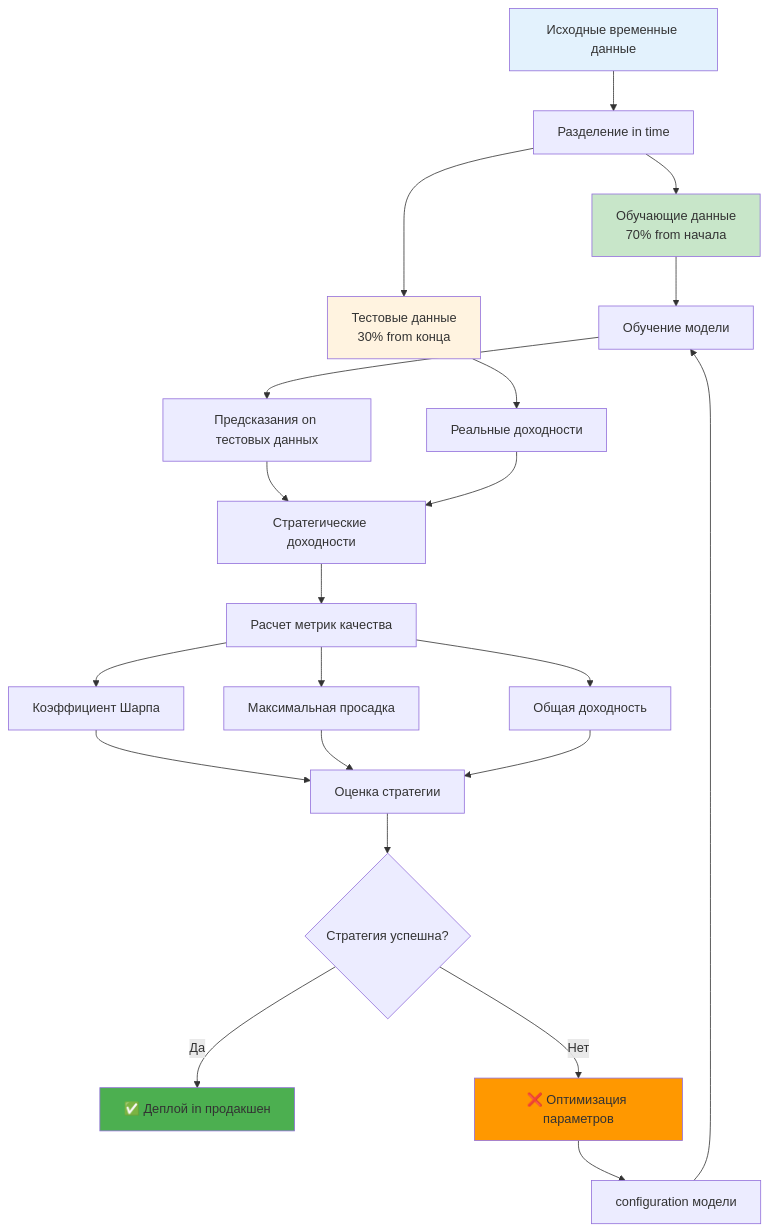
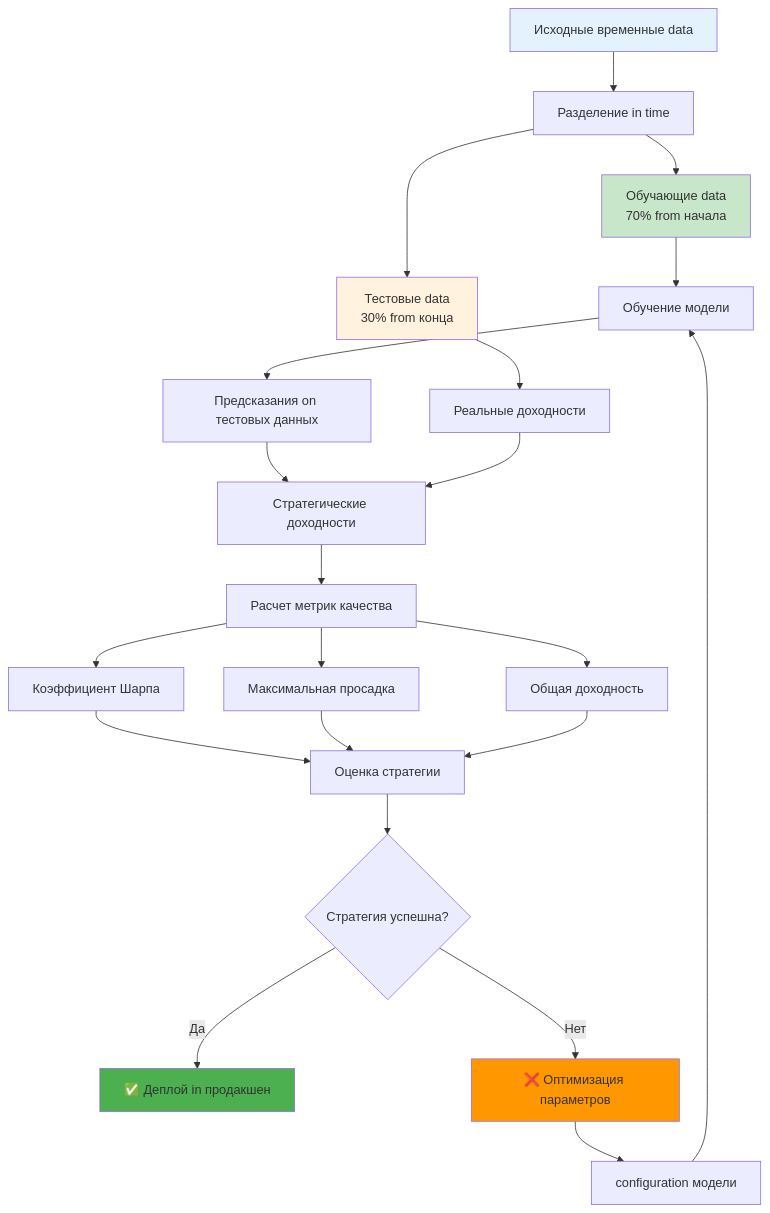
The third of 9 diagrams in docs/automl/gluon/29_backtesting_methods.md (NeoZorK/neozork-hld-prediction), drawn with Mermaid before and after one commit. The commit also changed other lines of this file and 108 other files, not shown here.

````diff
--- a/docs/automl/gluon/29_backtesting_methods.md
+++ b/docs/automl/gluon/29_backtesting_methods.md
@@ -146,36 +146,36 @@
 ```mermaid
 graph TD
- A[Исходные временные данные] --> B[Разделение in time]
+ A[Исходные временные data] --> B[Разделение in time]
 
- B --> C[Обучающие данные<br/>70% from начала]
- B --> D[Тестовые данные<br/>30% from конца]
+ B --> C[Обучающие data<br/>70% from начала]
+ B --> D[Тестовые data<br/>30% from конца]
 
  C --> E[Обучение модели]
  E --> F[Предсказания on тестовых данных]
 
  D --> G[Реальные доходности]
  F --> H[Стратегические доходности]
  G --> H
 
  H --> I[Расчет метрик качества]
  I --> J[Коэффициент Шарпа]
  I --> K[Максимальная просадка]
  I --> L[Общая доходность]
 
  J --> M[Оценка стратегии]
  K --> M
  L --> M
 
  M --> N{Стратегия успешна?}
  N -->|Да| O[✅ Деплой in продакшен]
  N -->|Нет| P[❌ Оптимизация параметров]
 
  P --> Q[configuration модели]
  Q --> E
 
  style A fill:#e3f2fd
  style C fill:#c8e6c9
  style D fill:#fff3e0
  style O fill:#4caf50
  style P fill:#ff9800
 ```
````
